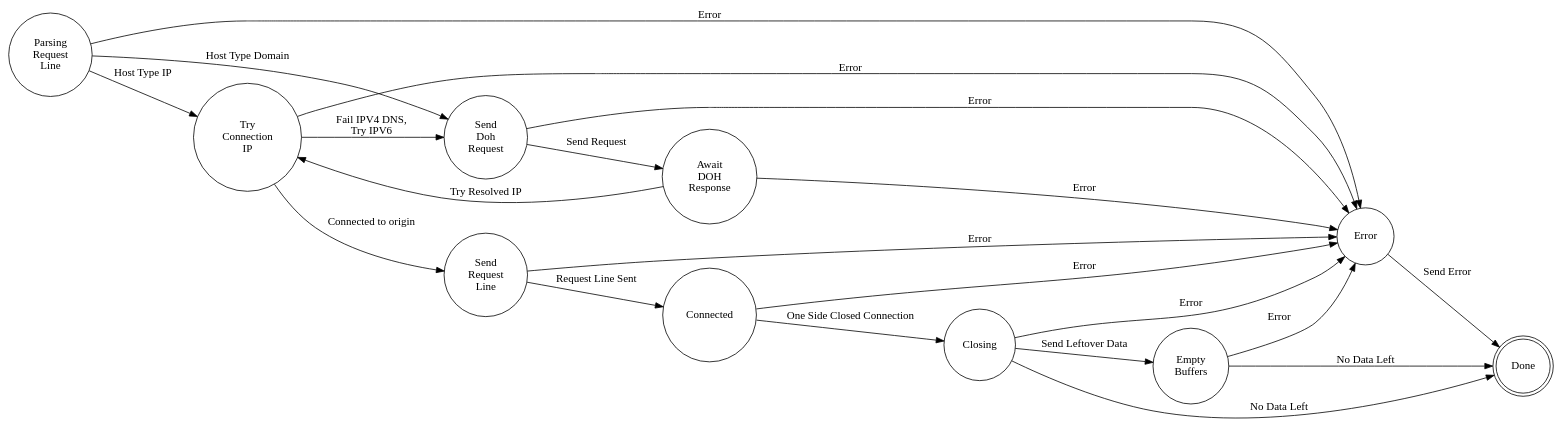
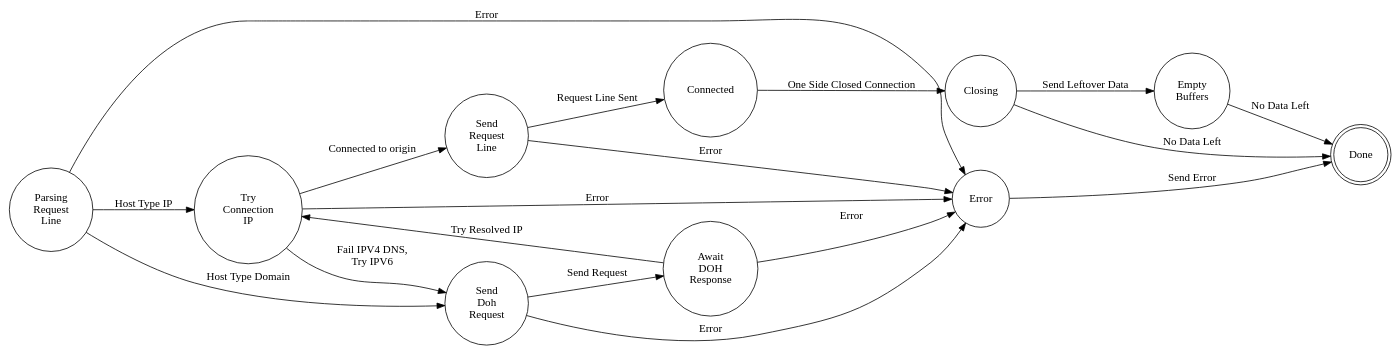
The diagram in httpd_states.dot (FrBernad/HTTPD-PROXY), drawn with Graphviz before and after one commit. The commit also changed 34 other files, not shown here.

```diff
--- a/httpd_states.dot
+++ b/httpd_states.dot
@@ -1,49 +1,46 @@
 digraph g {
     rankdir=LR;
 
     node       [shape = circle];
     //
     P_R_L         [label = "Parsing\nRequest\nLine"];
     T_C_I         [label = "Try\nConnection\nIP"];
     S_D_R         [label = "Send\nDoh\nRequest"];
     A_D_R         [label = "Await\nDOH\nResponse"];
     S_R_L         [label = "Send\nRequest\nLine"];
     CONNECTED     [label = "Connected"];
     CLOSING       [label = "Closing"];
     EMPTY_BUF     [label = "Empty\nBuffers"];
     ERROR          [label = "Error"];
     DONE          [label = "Done", shape = doublecircle];
 
     P_R_L -> T_C_I   [label= "Host Type IP"];
     P_R_L -> S_D_R   [label= "Host Type Domain"];
     P_R_L -> ERROR   [label= "Error"];
     
     T_C_I -> S_R_L   [label= "Connected to origin"];
     T_C_I -> S_D_R   [label= "Fail IPV4 DNS,\nTry IPV6"];
     T_C_I -> ERROR   [label= "Error"];
 
     S_R_L -> CONNECTED   [label= "Request Line Sent"];
     S_R_L -> ERROR   [label= "Error"];
 
     S_D_R -> A_D_R   [label= "Send Request"];
     S_D_R -> ERROR   [label= "Error"];
 
     A_D_R -> T_C_I   [label= "Try Resolved IP"];
     A_D_R -> ERROR   [label= "Error"];
 
     CONNECTED -> CLOSING   [label= "One Side Closed Connection"];
-    CONNECTED -> ERROR   [label= "Error"];
 
     CLOSING -> EMPTY_BUF   [label= "Send Leftover Data"];
     CLOSING -> DONE   [label= "No Data Left"];
-    CLOSING -> ERROR   [label= "Error"];
 
     EMPTY_BUF -> DONE   [label= "No Data Left"];
-    EMPTY_BUF -> ERROR   [label= "Error"];
 
     ERROR -> DONE   [label= "Send Error"];
 
 
 
     
 }
```
